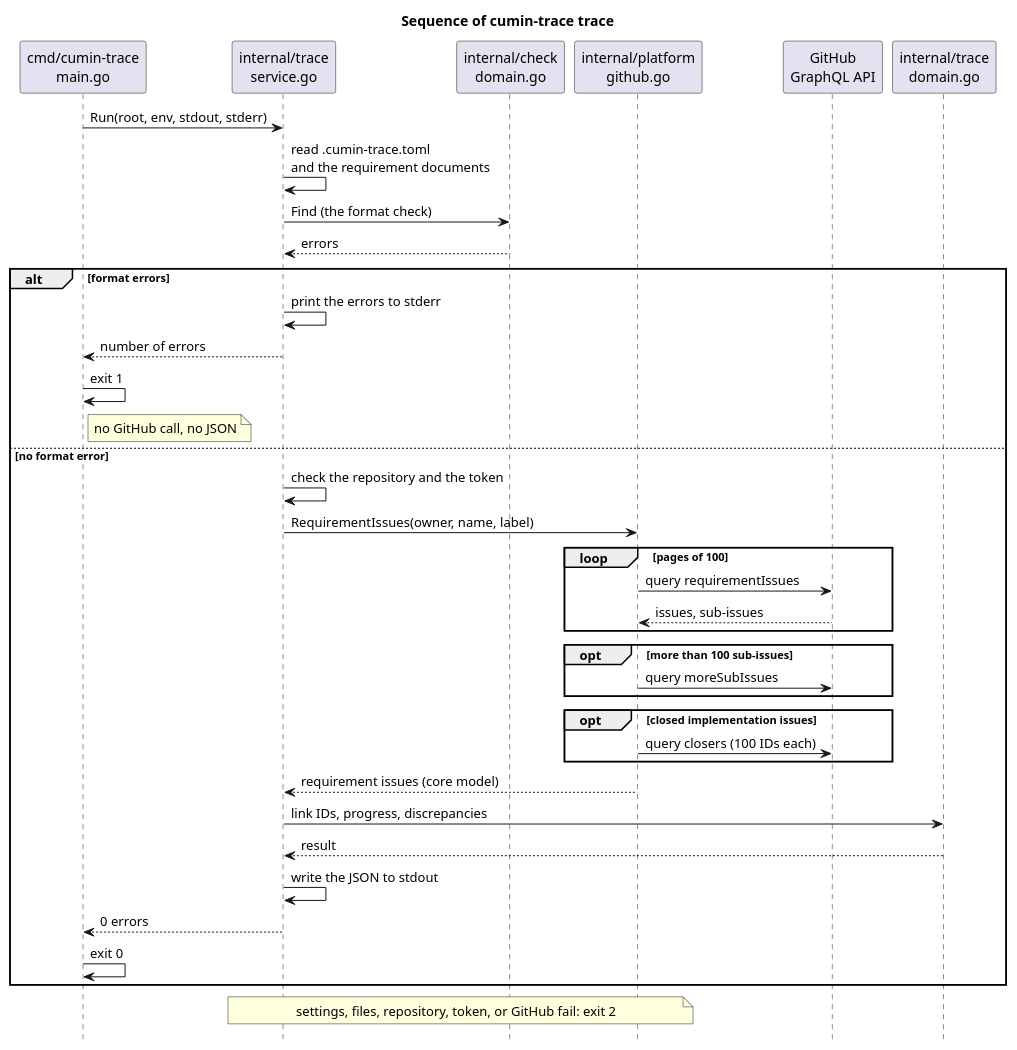
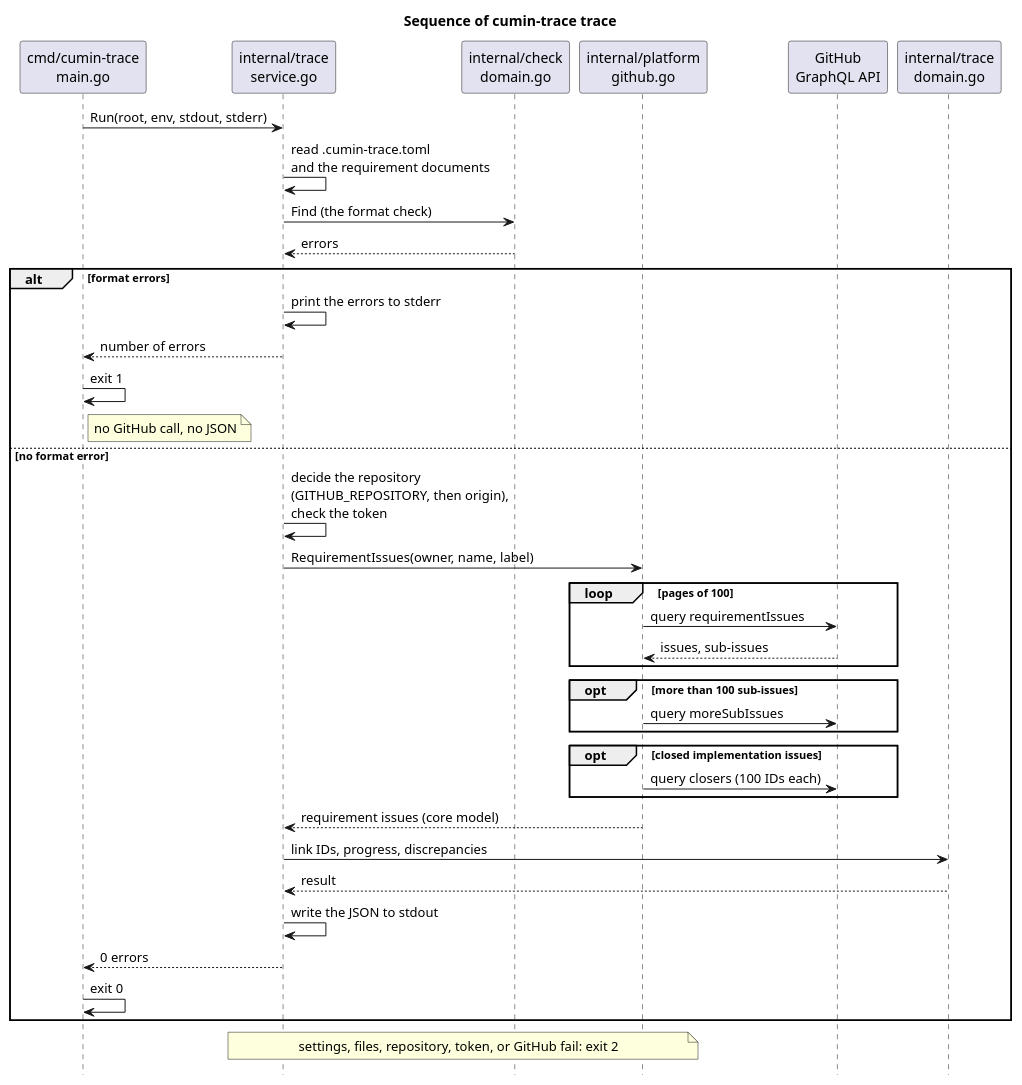
Before and after one commit to cloveclovedev/cumin-trace: the diagram in docs/ja/designs/trace/trace-sequence.puml, drawn with PlantUML. The commit also changed 7 other files, not shown here.

```diff
--- a/docs/ja/designs/trace/trace-sequence.puml
+++ b/docs/ja/designs/trace/trace-sequence.puml
@@ -1,47 +1,47 @@
 @startuml trace-sequence
 title Sequence of cumin-trace trace
 skinparam shadowing false
 hide footbox
 
 participant "cmd/cumin-trace\nmain.go" as main
 participant "internal/trace\nservice.go" as service
 participant "internal/check\ndomain.go" as check
 participant "internal/platform\ngithub.go" as github
 participant "GitHub\nGraphQL API" as api
 participant "internal/trace\ndomain.go" as rules
 
 main -> service : Run(root, env, stdout, stderr)
 service -> service : read .cumin-trace.toml\nand the requirement documents
 service -> check : Find (the format check)
 check --> service : errors
 
 alt format errors
   service -> service : print the errors to stderr
   service --> main : number of errors
   main -> main : exit 1
   note right of main : no GitHub call, no JSON
 else no format error
-  service -> service : check the repository and the token
+  service -> service : decide the repository\n(GITHUB_REPOSITORY, then origin),\ncheck the token
   service -> github : RequirementIssues(owner, name, label)
   loop pages of 100
     github -> api : query requirementIssues
     api --> github : issues, sub-issues
   end
   opt more than 100 sub-issues
     github -> api : query moreSubIssues
   end
   opt closed implementation issues
     github -> api : query closers (100 IDs each)
   end
   github --> service : requirement issues (core model)
   service -> rules : link IDs, progress, discrepancies
   rules --> service : result
   service -> service : write the JSON to stdout
   service --> main : 0 errors
   main -> main : exit 0
 end
 
 note over service, github
   settings, files, repository, token, or GitHub fail: exit 2
 end note
 @enduml
```
